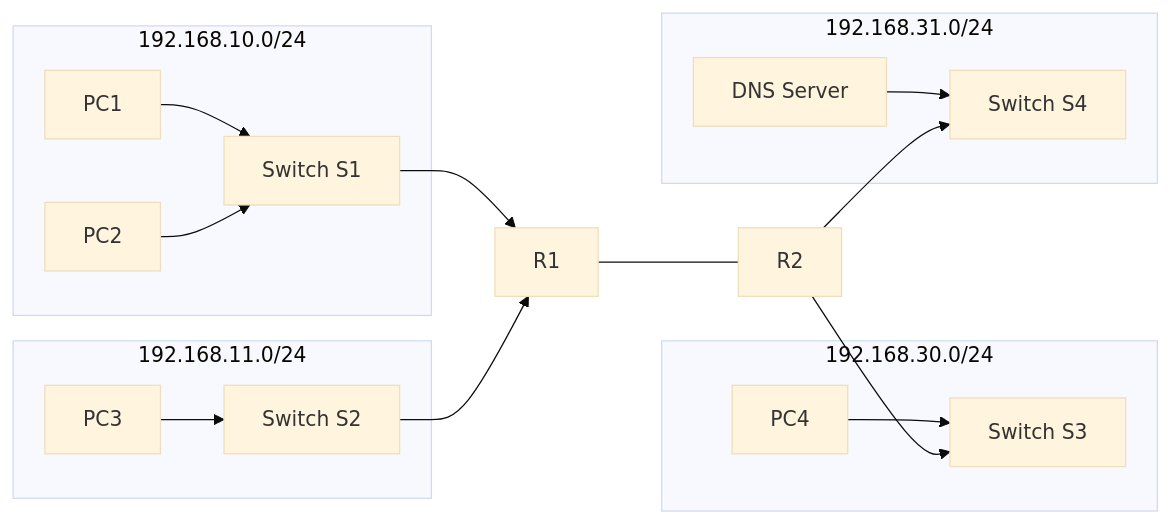
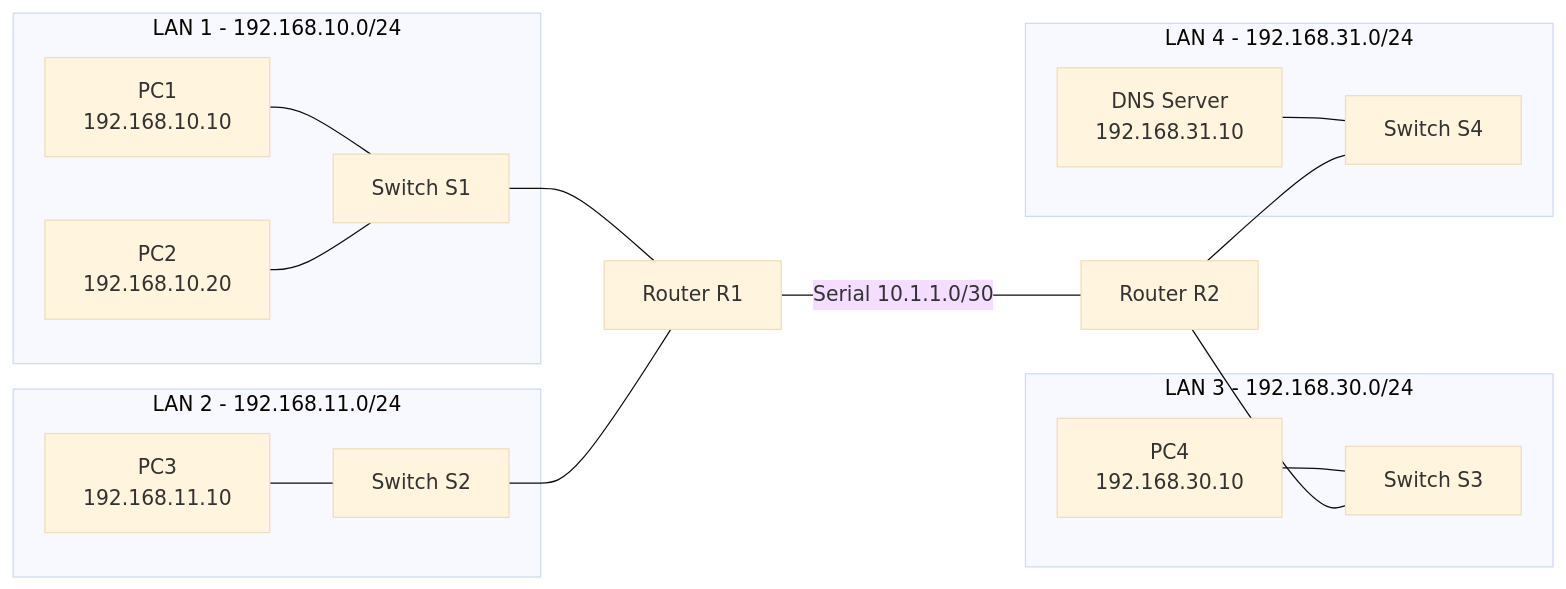
The diagram in Week9_LAB.md (QALECTURE/COM398), drawn with Mermaid (base theme) before and after one commit. The commit also changed other lines of this file, not shown here.

````diff
--- a/Week9_LAB.md
+++ b/Week9_LAB.md
@@ -66,37 +63,35 @@
 ```mermaid
 flowchart LR
 
-subgraph LAN1["192.168.10.0/24"]
-PC1[PC1]
-PC2[PC2]
-S1[Switch S1]
-PC1 --> S1
-PC2 --> S1
+subgraph LAN1["LAN 1 - 192.168.10.0/24"]
+PC1["PC1<br/>192.168.10.10"]
+PC2["PC2<br/>192.168.10.20"]
+S1["Switch S1"]
+PC1 --- S1
+PC2 --- S1
 end
 
-subgraph LAN2["192.168.11.0/24"]
-PC3[PC3]
-S2[Switch S2]
-PC3 --> S2
+subgraph LAN2["LAN 2 - 192.168.11.0/24"]
+PC3["PC3<br/>192.168.11.10"]
+S2["Switch S2"]
+PC3 --- S2
 end
 
-subgraph LAN3["192.168.30.0/24"]
-PC4[PC4]
-S3[Switch S3]
-PC4 --> S3
+subgraph LAN3["LAN 3 - 192.168.30.0/24"]
+PC4["PC4<br/>192.168.30.10"]
+S3["Switch S3"]
+PC4 --- S3
 end
 
-subgraph LAN4["192.168.31.0/24"]
-DNS[DNS Server]
-S4[Switch S4]
-DNS --> S4
+subgraph LAN4["LAN 4 - 192.168.31.0/24"]
+DNS["DNS Server<br/>192.168.31.10"]
+S4["Switch S4"]
+DNS --- S4
 end
 
-S1 --> R1
-S2 --> R1
-
-R1 --- R2
-
-R2 --> S3
-R2 --> S4
+S1 --- R1["Router R1"]
+S2 --- R1
+R1 ---|"Serial 10.1.1.0/30"| R2["Router R2"]
+R2 --- S3
+R2 --- S4
 ```
````
